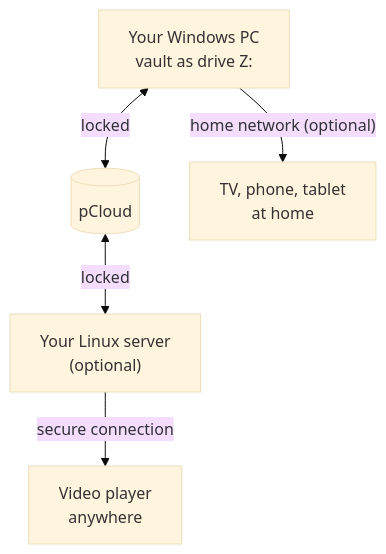
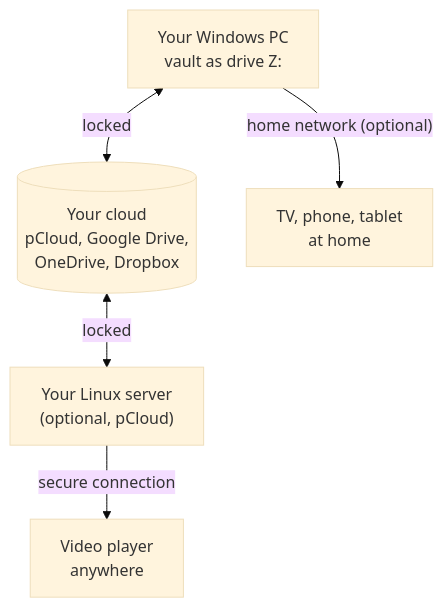
One commit to burnersen/CryptBridge changed the diagram in README.md. Above: the diagram before and after it, drawn with Mermaid (base theme). The commit also changed other lines of this file and 37 other files, not shown here.

````diff
--- a/README.md
+++ b/README.md
@@ -47,7 +50,7 @@
 ```mermaid
 flowchart TB
-    PC["Your Windows PC<br/>vault as drive Z:"] <-->|locked| Cloud[("pCloud")]
-    Cloud <-->|locked| Server["Your Linux server<br/>(optional)"]
+    PC["Your Windows PC<br/>vault as drive Z:"] <-->|locked| Cloud[("Your cloud<br/>pCloud, Google Drive,<br/>OneDrive, Dropbox")]
+    Cloud <-->|locked| Server["Your Linux server<br/>(optional, pCloud)"]
     Server -->|secure connection| Player["Video player<br/>anywhere"]
     PC -->|"home network (optional)"| TV["TV, phone, tablet<br/>at home"]
 ```
````
